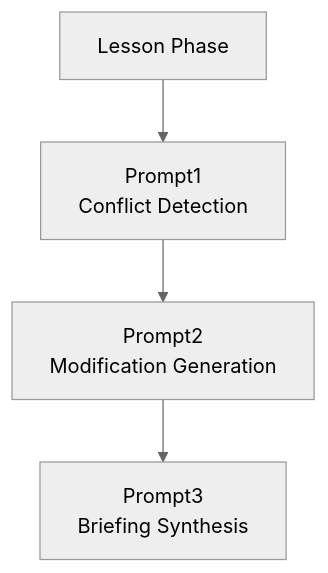
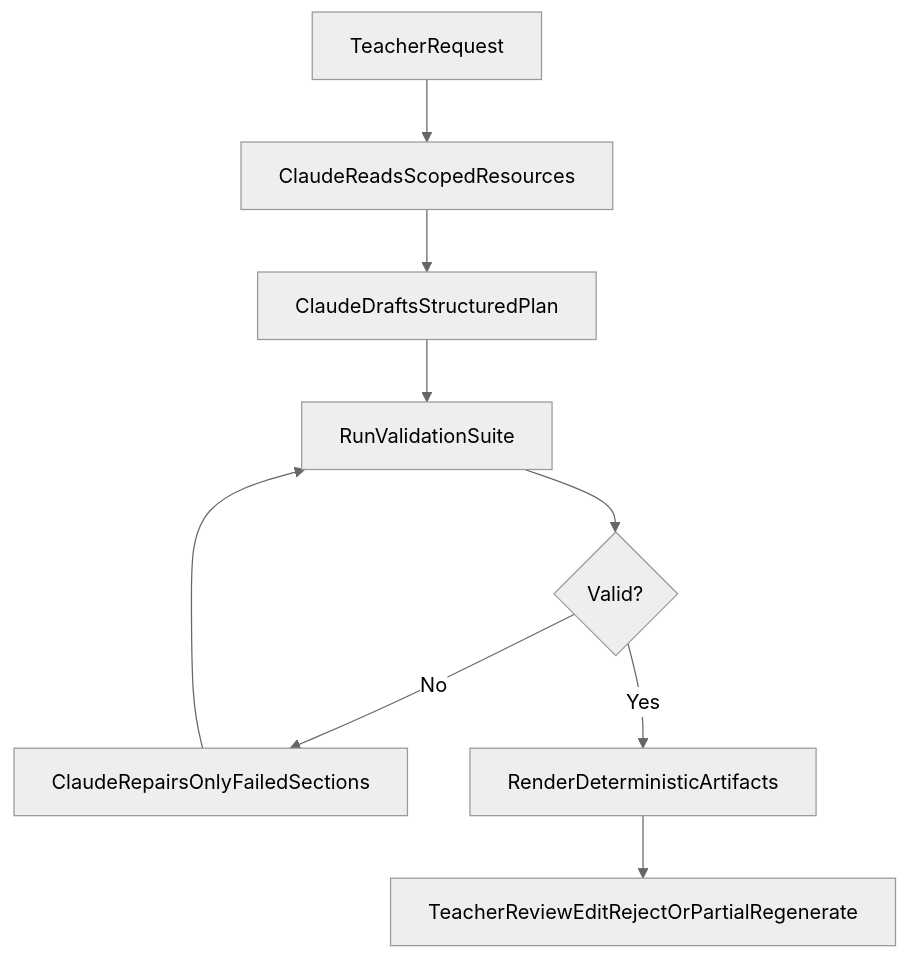
One commit to anna4dev/pathlight changed the second of 4 diagrams in ARCHITECTURE.md. Above: the diagram before and after it, drawn with Mermaid (neutral theme). The commit also changed other lines of this file and 1 other file, not shown here.

Commit message:
docs: migrate architecture from server-side workflow (Shape B) to client-reasoning contract (Shape A)

````diff
--- a/ARCHITECTURE.md
+++ b/ARCHITECTURE.md
@@ -47,6 +62,11 @@
 ```mermaid
 flowchart TD
-    A[Lesson Phase] --> B[Prompt1<br/>Conflict Detection]
-    B --> C[Prompt2<br/>Modification Generation]
-    C --> D[Prompt3<br/>Briefing Synthesis]
+    A[TeacherRequest] --> B[ClaudeReadsScopedResources]
+    B --> C[ClaudeDraftsStructuredPlan]
+    C --> D[RunValidationSuite]
+    D --> E{Valid?}
+    E -->|No| F[ClaudeRepairsOnlyFailedSections]
+    F --> D
+    E -->|Yes| G[RenderDeterministicArtifacts]
+    G --> H[TeacherReviewEditRejectOrPartialRegenerate]
 ```
````
